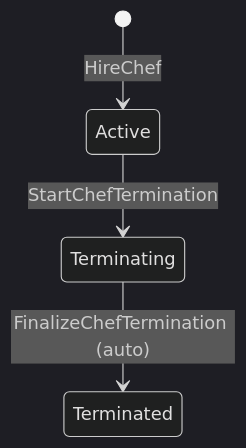
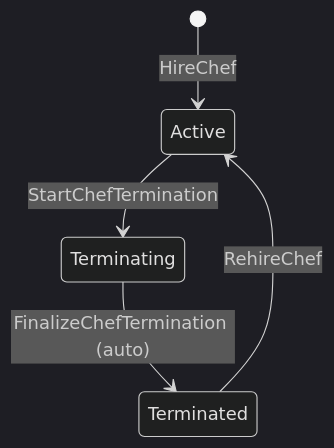
One commit to mmalessa/pizzeria changed the third of 3 diagrams in doc/08_resource_management_aggregates.md. Above: the diagram before and after it, drawn with Mermaid (dark theme). The commit also changed other lines of this file and 27 other files, not shown here.

````diff
--- a/doc/08_resource_management_aggregates.md
+++ b/doc/08_resource_management_aggregates.md
@@ -66,6 +82,7 @@
 ```mermaid
 stateDiagram-v2
     [*] --> Active: HireChef
     Active --> Terminating: StartChefTermination
     Terminating --> Terminated: FinalizeChefTermination (auto)
+    Terminated --> Active: RehireChef
 ```
````
